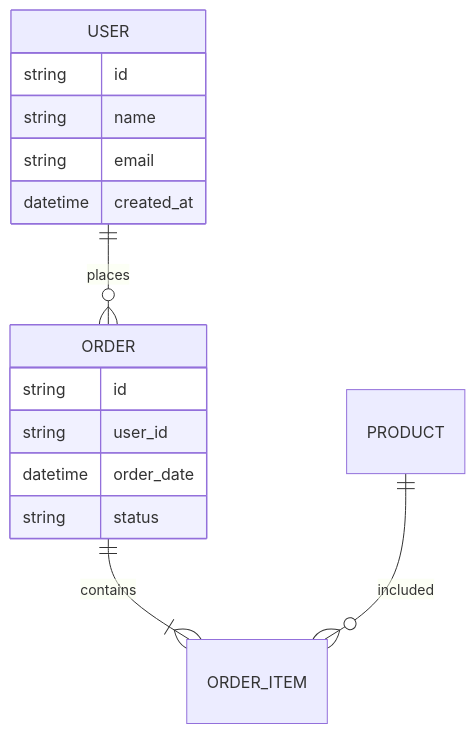
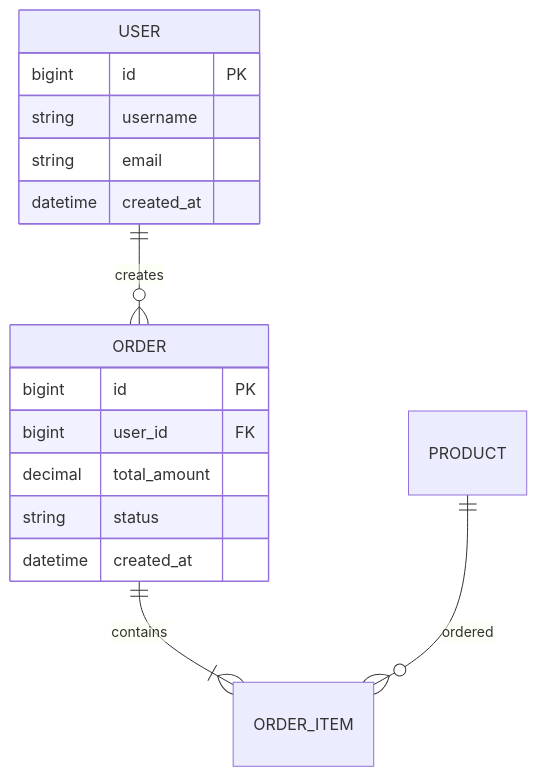
Before and after one commit to yudady01/skills: the second of 2 diagrams in plugins/ai-coding-java/docs/templates/design.md, drawn with Mermaid. The commit also changed other lines of this file, not shown here.

````diff
--- a/plugins/ai-coding-java/docs/templates/design.md
+++ b/plugins/ai-coding-java/docs/templates/design.md
@@ -47,20 +55,21 @@
 ```mermaid
 erDiagram
-    USER ||--o{ ORDER : places
+    USER ||--o{ ORDER : creates
     ORDER ||--|{ ORDER_ITEM : contains
-    PRODUCT ||--o{ ORDER_ITEM : included
+    PRODUCT ||--o{ ORDER_ITEM : ordered
 
     USER {
-        string id
-        string name
+        bigint id PK
+        string username
         string email
         datetime created_at
     }
 
     ORDER {
-        string id
-        string user_id
-        datetime order_date
+        bigint id PK
+        bigint user_id FK
+        decimal total_amount
         string status
+        datetime created_at
     }
 ```
````
